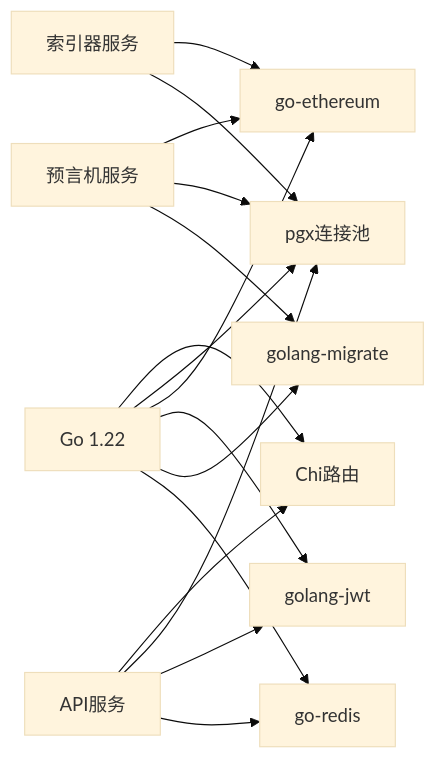
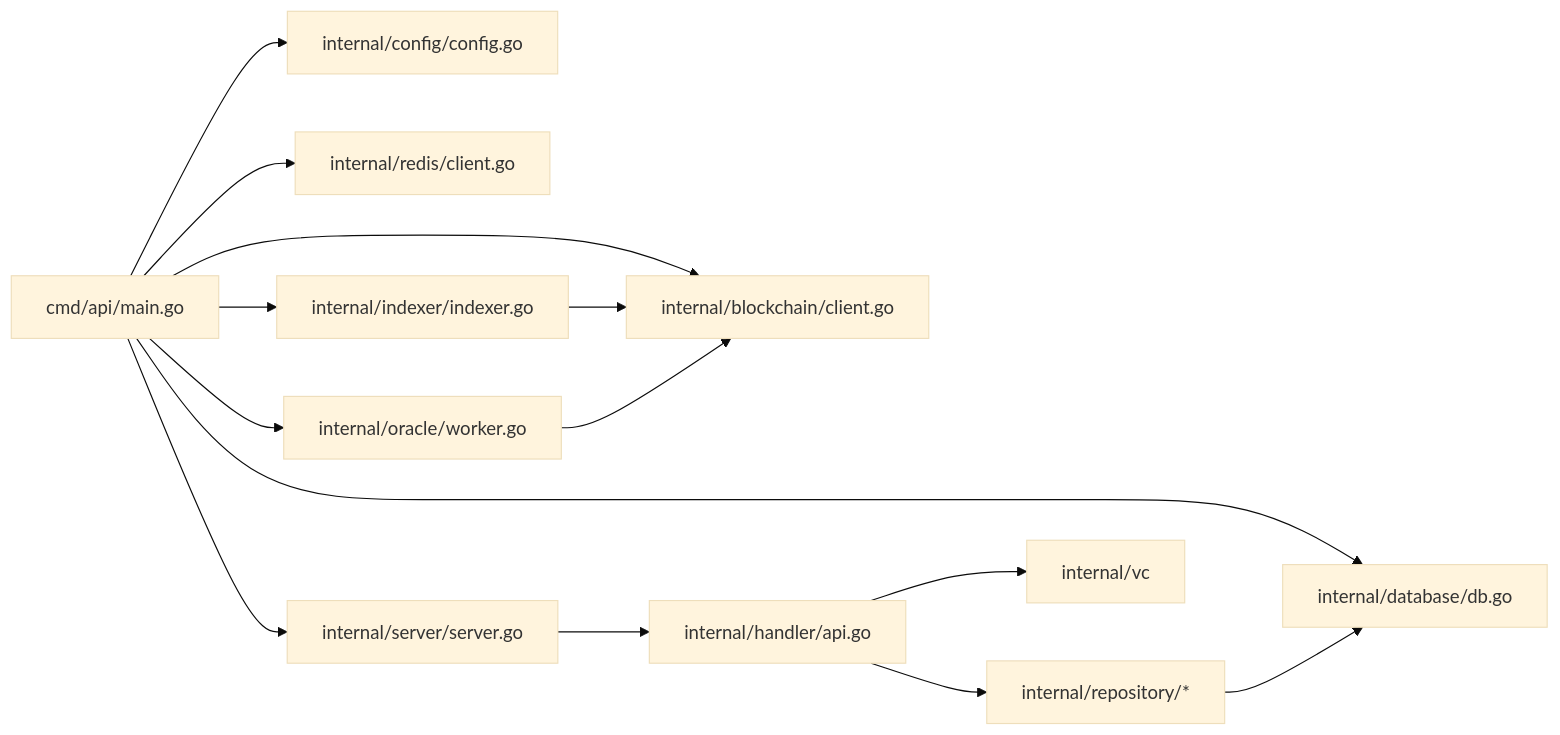
Before and after one commit to SimonHofman/PredictionDIDSimple: the seventh of 9 diagrams in backend/.qoder/repowiki/zh/content/架构设计/架构设计.md, drawn with Mermaid (base theme). The commit also changed other lines of this file and 162 other files, not shown here.

````diff
--- a/backend/.qoder/repowiki/zh/content/架构设计/架构设计.md
+++ b/backend/.qoder/repowiki/zh/content/架构设计/架构设计.md
@@ -352,18 +322,16 @@
 ```mermaid
 graph LR
-GO["Go 1.22"] --> CHI["Chi路由"]
-GO --> PGX["pgx连接池"]
-GO --> ETH["go-ethereum"]
-GO --> JWT["golang-jwt"]
-GO --> MIG["golang-migrate"]
-GO --> REDIS["go-redis"]
-API_SVC["API服务"] --> CHI
-API_SVC --> PGX
-API_SVC --> JWT
-API_SVC --> REDIS
-IDX_SVC["索引器服务"] --> ETH
-IDX_SVC --> PGX
-ORA_SVC["预言机服务"] --> ETH
-ORA_SVC --> PGX
-ORA_SVC --> MIG
+MAIN["cmd/api/main.go"] --> CFG["internal/config/config.go"]
+MAIN --> DB["internal/database/db.go"]
+MAIN --> RDS["internal/redis/client.go"]
+MAIN --> BC["internal/blockchain/client.go"]
+MAIN --> SRV["internal/server/server.go"]
+SRV --> HND["internal/handler/api.go"]
+HND --> REPO["internal/repository/*"]
+HND --> VC["internal/vc"]
+MAIN --> IDX["internal/indexer/indexer.go"]
+MAIN --> ORA["internal/oracle/worker.go"]
+IDX --> BC
+ORA --> BC
+REPO --> DB
 ```
````
